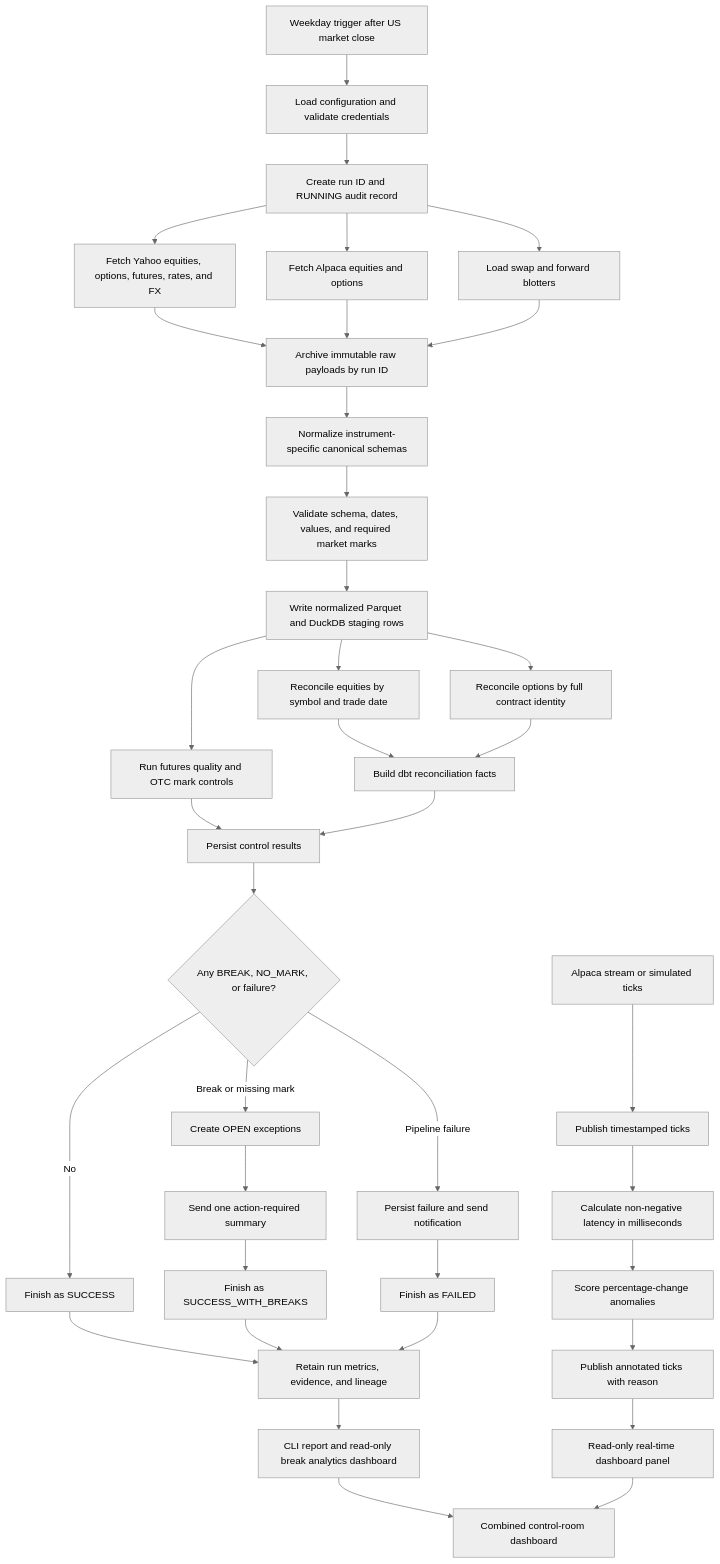
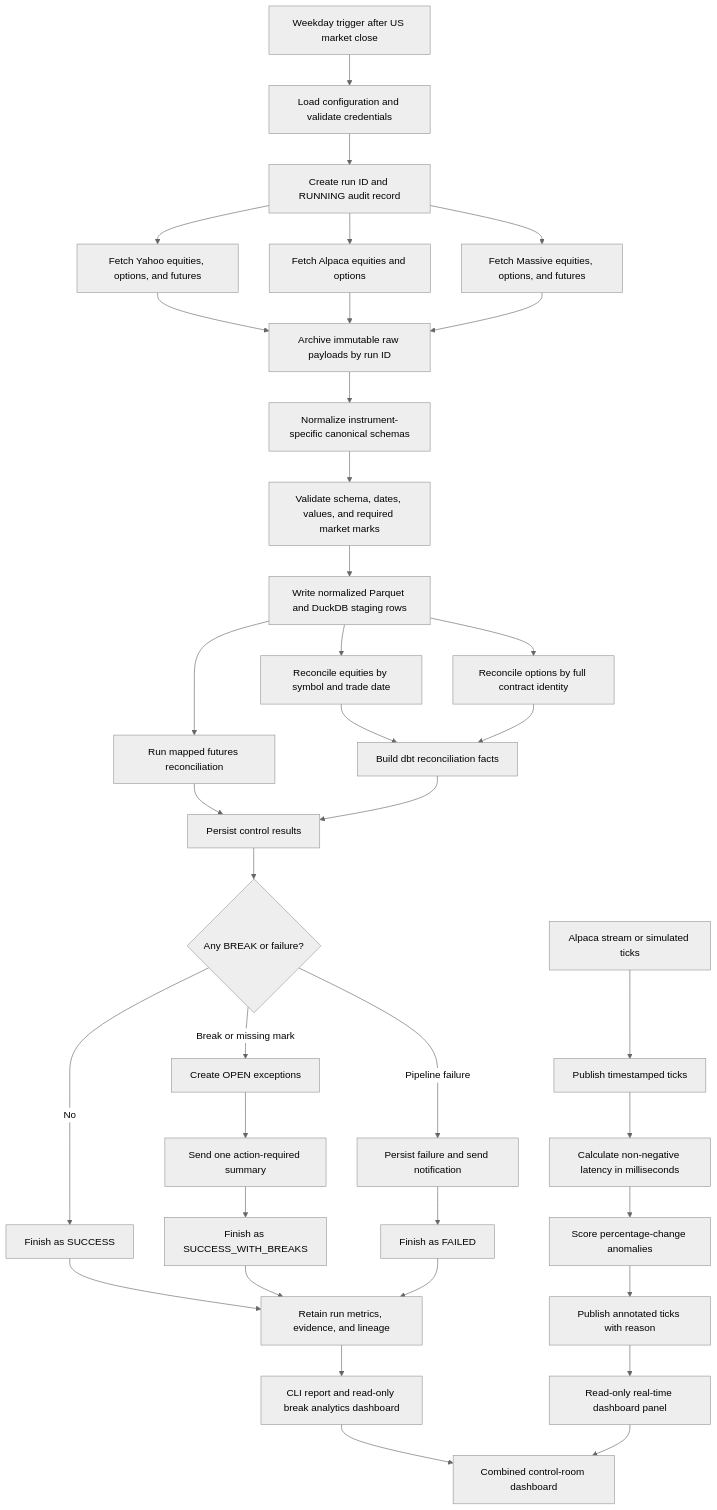
Before and after one commit to VivekReddy10-08-2004/Automated-reconciliation-engine: the second of 3 diagrams in docs/SYSTEM_DESIGN_WORKFLOW.md, drawn with Mermaid (neutral theme). The commit also changed other lines of this file and 48 other files, not shown here.

First line of the commit message:
feat: Add massive futures and options ingestion modules

````diff
--- a/docs/SYSTEM_DESIGN_WORKFLOW.md
+++ b/docs/SYSTEM_DESIGN_WORKFLOW.md
@@ -119,45 +119,45 @@
 ```mermaid
 flowchart TD
     trigger["Weekday trigger after US market close"] --> config["Load configuration and validate credentials"]
     config --> runId["Create run ID and RUNNING audit record"]
-    runId --> ingestYahoo["Fetch Yahoo equities, options, futures, rates, and FX"]
+    runId --> ingestYahoo["Fetch Yahoo equities, options, and futures"]
     runId --> ingestAlpaca["Fetch Alpaca equities and options"]
-    runId --> loadBlotters["Load swap and forward blotters"]
+    runId --> ingestMassive["Fetch Massive equities, options, and futures"]
 
     ingestYahoo --> archiveRaw["Archive immutable raw payloads by run ID"]
     ingestAlpaca --> archiveRaw
-    loadBlotters --> archiveRaw
+    ingestMassive --> archiveRaw
     archiveRaw --> normalize["Normalize instrument-specific canonical schemas"]
     normalize --> validate["Validate schema, dates, values, and required market marks"]
     validate --> stage["Write normalized Parquet and DuckDB staging rows"]
 
     stage --> equityRecon["Reconcile equities by symbol and trade date"]
     stage --> optionRecon["Reconcile options by full contract identity"]
-    stage --> derivativeControls["Run futures quality and OTC mark controls"]
+    stage --> derivativeControls["Run mapped futures reconciliation"]
 
     equityRecon --> transform["Build dbt reconciliation facts"]
     optionRecon --> transform
     derivativeControls --> results["Persist control results"]
     transform --> results
-    results --> outcome{"Any BREAK, NO_MARK, or failure?"}
+    results --> outcome{"Any BREAK or failure?"}
 
     outcome -->|"No"| success["Finish as SUCCESS"]
     outcome -->|"Break or missing mark"| exceptions["Create OPEN exceptions"]
     exceptions --> notifyBreak["Send one action-required summary"]
     notifyBreak --> withBreaks["Finish as SUCCESS_WITH_BREAKS"]
     outcome -->|"Pipeline failure"| notifyFailure["Persist failure and send notification"]
     notifyFailure --> failed["Finish as FAILED"]
 
     success --> audit["Retain run metrics, evidence, and lineage"]
     withBreaks --> audit
     failed --> audit
     audit --> batchPanel["CLI report and read-only break analytics dashboard"]
 
     liveSource["Alpaca stream or simulated ticks"] --> publish["Publish timestamped ticks"]
     publish --> latency["Calculate non-negative latency in milliseconds"]
     latency --> anomaly["Score percentage-change anomalies"]
     anomaly --> annotated["Publish annotated ticks with reason"]
     annotated --> realtimePanel["Read-only real-time dashboard panel"]
     batchPanel --> controlRoom["Combined control-room dashboard"]
     realtimePanel --> controlRoom
 ```
````
